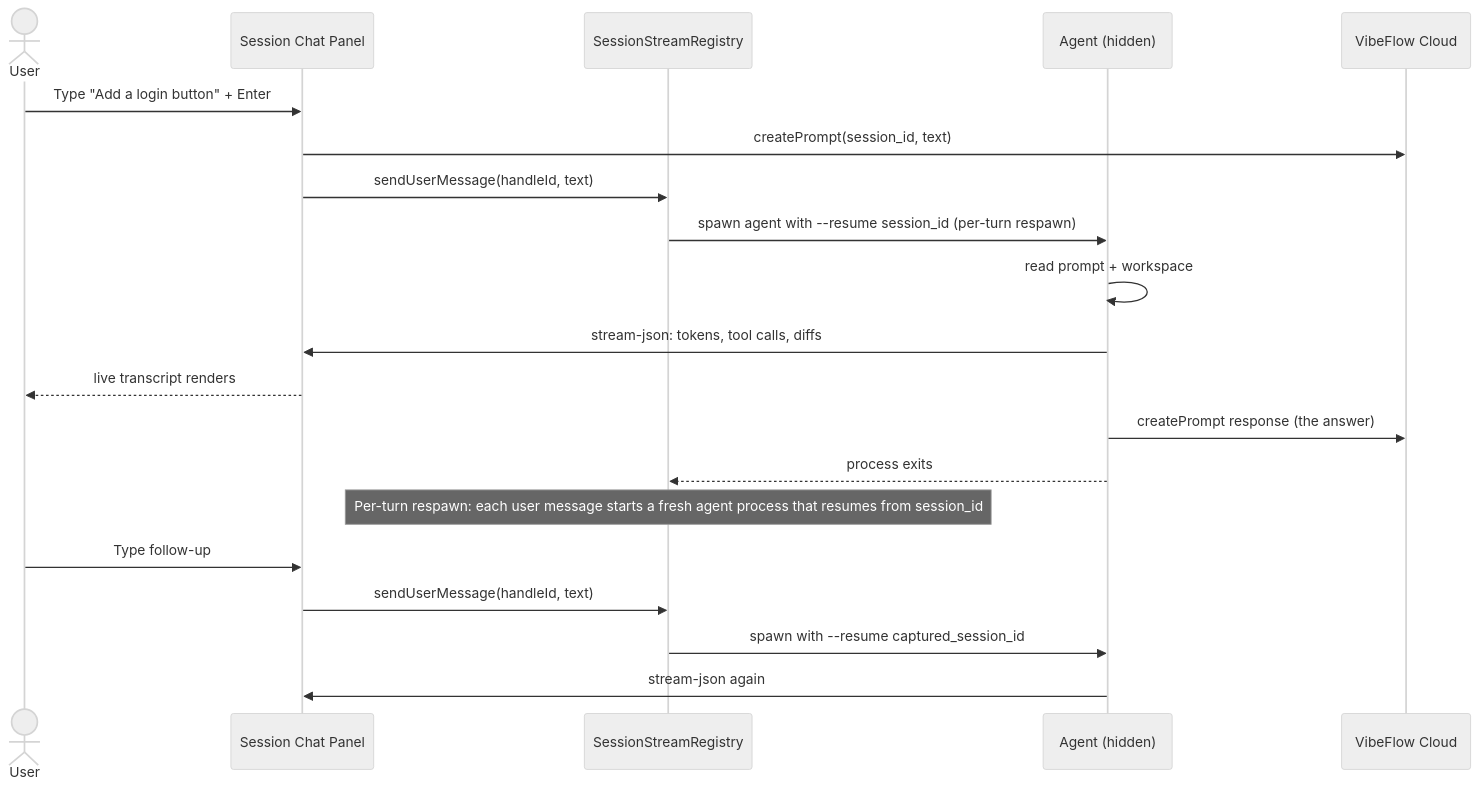
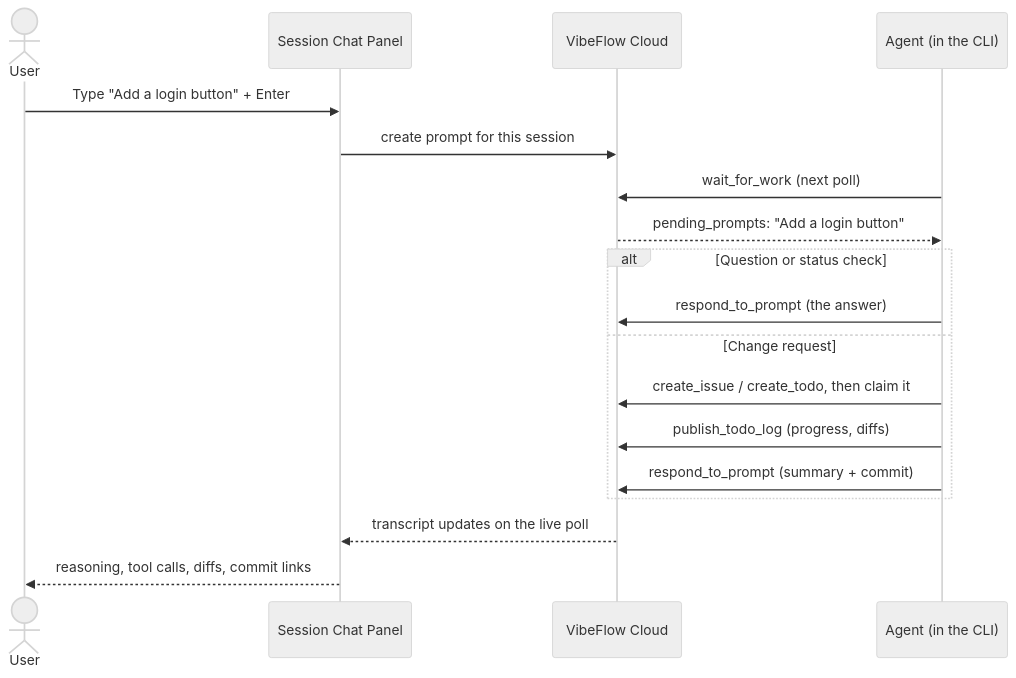
One commit to axiom-studio/vscode-vibeflow changed the third of 7 diagrams in docs/vscode-vibeflow/docs/workflows-and-flows.md. Above: the diagram before and after it, drawn with Mermaid (neutral theme). The commit also changed other lines of this file and 29 other files, not shown here.

````diff
--- a/docs/vscode-vibeflow/docs/workflows-and-flows.md
+++ b/docs/vscode-vibeflow/docs/workflows-and-flows.md
@@ -139,24 +101,21 @@
 ```mermaid
 sequenceDiagram
     actor User
     participant Panel as Session Chat Panel
-    participant Reg as SessionStreamRegistry
-    participant Agent as Agent (hidden)
     participant Server as VibeFlow Cloud
+    participant Agent as Agent (in the CLI)
 
     User->>Panel: Type "Add a login button" + Enter
-    Panel->>Server: createPrompt(session_id, text)
-    Panel->>Reg: sendUserMessage(handleId, text)
-    Reg->>Agent: spawn agent with --resume session_id (per-turn respawn)
-    Agent->>Agent: read prompt + workspace
-    Agent->>Panel: stream-json: tokens, tool calls, diffs
-    Panel-->>User: live transcript renders
-    Agent->>Server: createPrompt response (the answer)
-    Agent-->>Reg: process exits
-    Note over Reg: Per-turn respawn: each user message starts a fresh agent process that resumes from session_id
-
-    User->>Panel: Type follow-up
-    Panel->>Reg: sendUserMessage(handleId, text)
-    Reg->>Agent: spawn with --resume captured_session_id
-    Agent->>Panel: stream-json again
+    Panel->>Server: create prompt for this session
+    Agent->>Server: wait_for_work (next poll)
+    Server-->>Agent: pending_prompts: "Add a login button"
+    alt Question or status check
+        Agent->>Server: respond_to_prompt (the answer)
+    else Change request
+        Agent->>Server: create_issue / create_todo, then claim it
+        Agent->>Server: publish_todo_log (progress, diffs)
+        Agent->>Server: respond_to_prompt (summary + commit)
+    end
+    Server-->>Panel: transcript updates on the live poll
+    Panel-->>User: reasoning, tool calls, diffs, commit links
 ```
````
